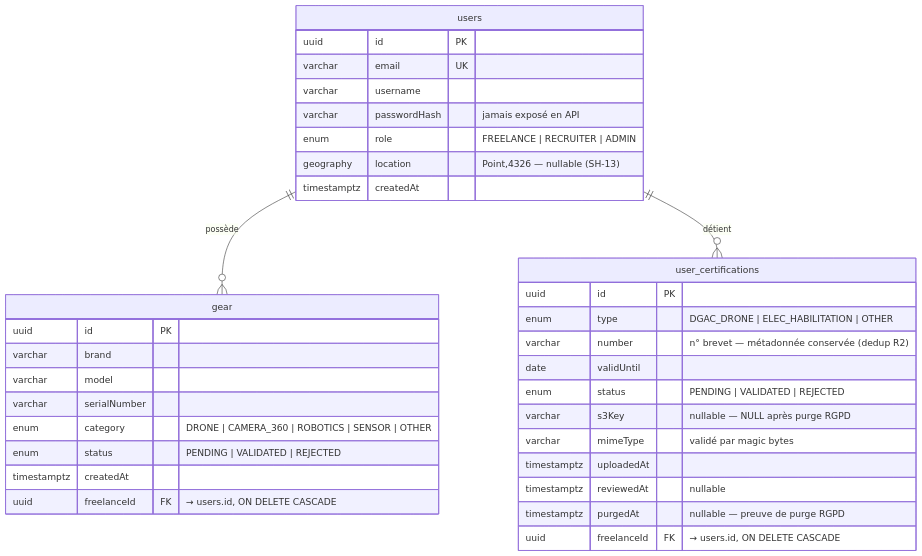
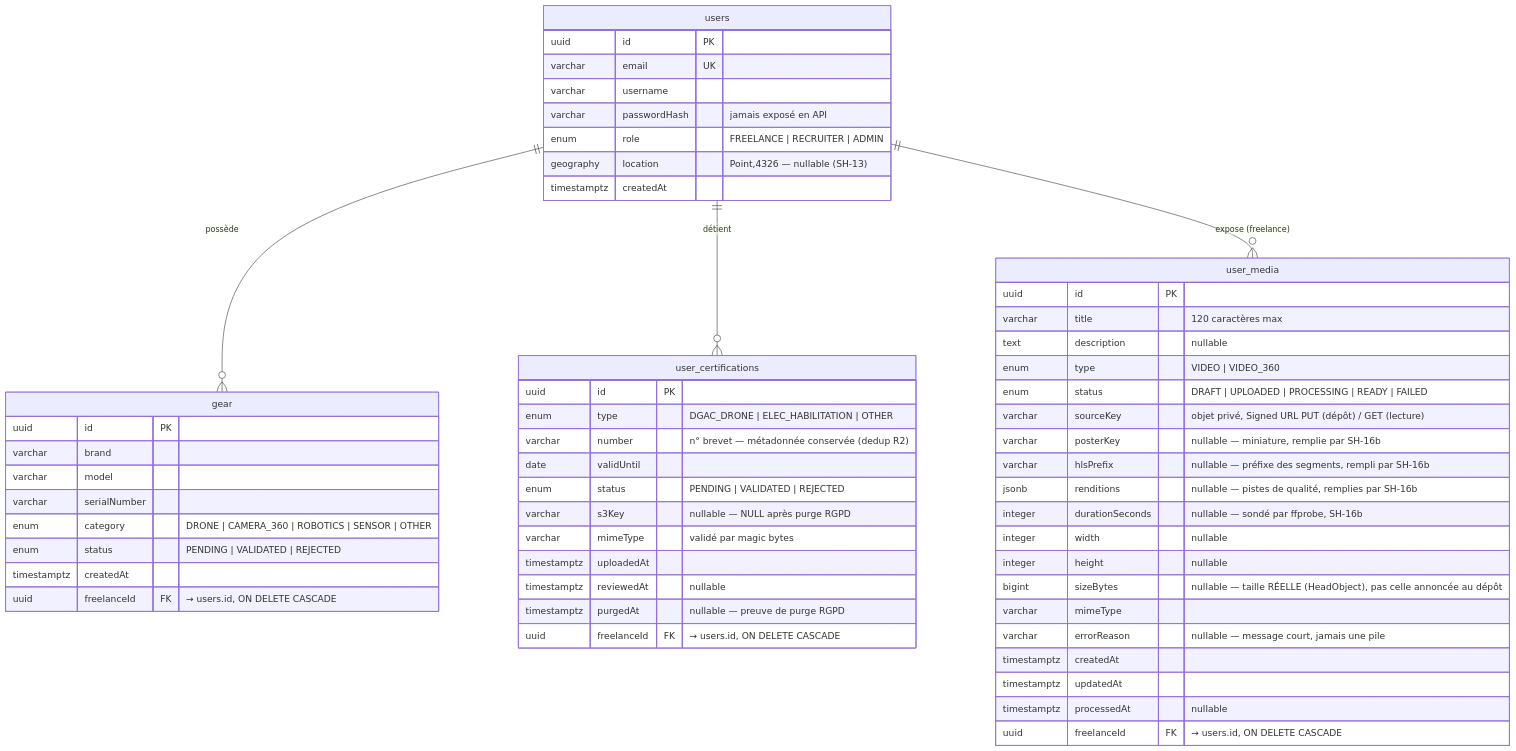
The first of 2 diagrams in docs/conception/2026-06-28-MCD-MLD-SkillHunt.md (alixsanta/skillhunt), drawn with Mermaid before and after one commit. The commit also changed other lines of this file and 6 other files, not shown here.

````diff
--- a/docs/conception/2026-06-28-MCD-MLD-SkillHunt.md
+++ b/docs/conception/2026-06-28-MCD-MLD-SkillHunt.md
@@ -65,40 +65,63 @@
 ```mermaid
 erDiagram
     users ||--o{ gear : "possède"
     users ||--o{ user_certifications : "détient"
+    users ||--o{ user_media : "expose (freelance)"
 
     users {
         uuid id PK
         varchar email UK
         varchar username
         varchar passwordHash "jamais exposé en API"
         enum role "FREELANCE | RECRUITER | ADMIN"
         geography location "Point,4326 — nullable (SH-13)"
         timestamptz createdAt
     }
 
     gear {
         uuid id PK
         varchar brand
         varchar model
         varchar serialNumber
         enum category "DRONE | CAMERA_360 | ROBOTICS | SENSOR | OTHER"
         enum status "PENDING | VALIDATED | REJECTED"
         timestamptz createdAt
         uuid freelanceId FK "→ users.id, ON DELETE CASCADE"
     }
 
     user_certifications {
         uuid id PK
         enum type "DGAC_DRONE | ELEC_HABILITATION | OTHER"
         varchar number "n° brevet — métadonnée conservée (dedup R2)"
         date validUntil
         enum status "PENDING | VALIDATED | REJECTED"
         varchar s3Key "nullable — NULL après purge RGPD"
         varchar mimeType "validé par magic bytes"
         timestamptz uploadedAt
         timestamptz reviewedAt "nullable"
         timestamptz purgedAt "nullable — preuve de purge RGPD"
         uuid freelanceId FK "→ users.id, ON DELETE CASCADE"
     }
+
+    user_media {
+        uuid id PK
+        varchar title "120 caractères max"
+        text description "nullable"
+        enum type "VIDEO | VIDEO_360"
+        enum status "DRAFT | UPLOADED | PROCESSING | READY | FAILED"
+        varchar sourceKey "objet privé, Signed URL PUT (dépôt) / GET (lecture)"
+        varchar posterKey "nullable — miniature, remplie par SH-16b"
+        varchar hlsPrefix "nullable — préfixe des segments, rempli par SH-16b"
+        jsonb renditions "nullable — pistes de qualité, remplies par SH-16b"
+        integer durationSeconds "nullable — sondé par ffprobe, SH-16b"
+        integer width "nullable"
+        integer height "nullable"
+        bigint sizeBytes "nullable — taille RÉELLE (HeadObject), pas celle annoncée au dépôt"
+        varchar mimeType
+        varchar errorReason "nullable — message court, jamais une pile"
+        timestamptz createdAt
+        timestamptz updatedAt
+        timestamptz processedAt "nullable"
+        uuid freelanceId FK "→ users.id, ON DELETE CASCADE"
+    }
 ```
````
